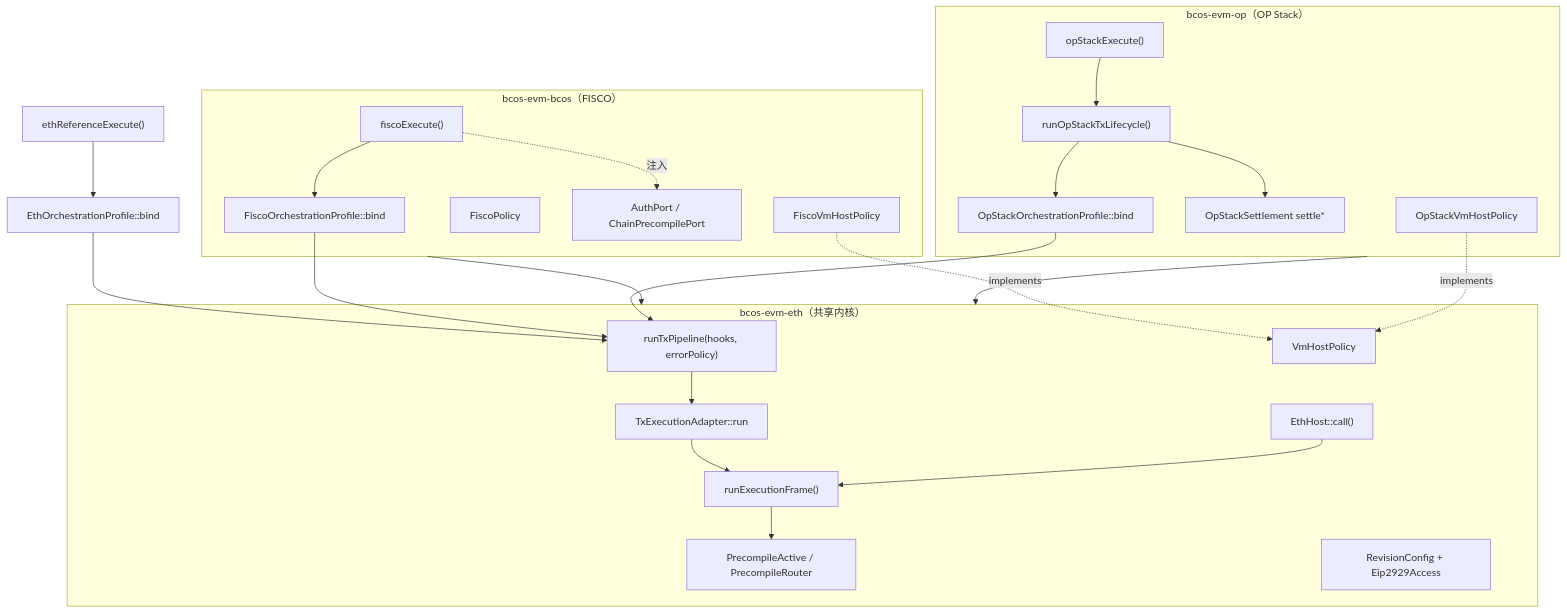
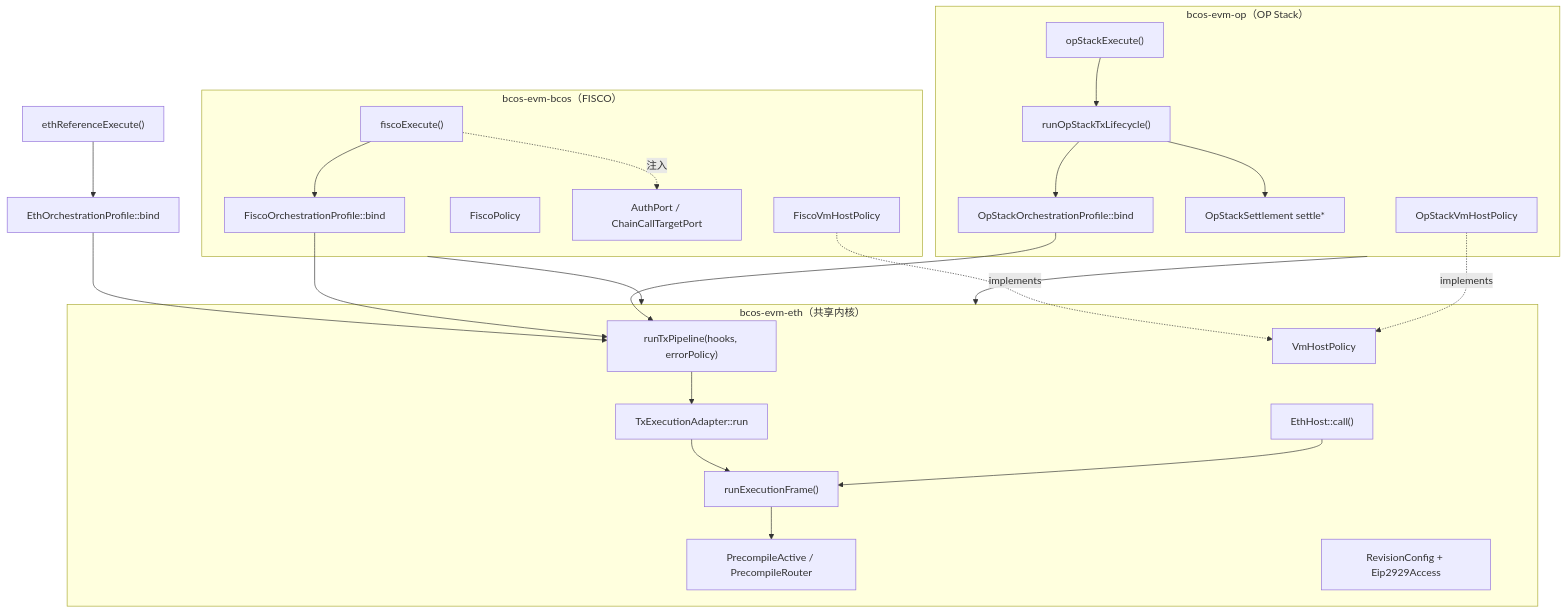
Before and after one commit to ywy2090/FISCO-BCOS: the diagram in bcos-evm/docs/architecture-overview.md, drawn with Mermaid. The commit also changed other lines of this file and 68 other files, not shown here.

First line of the commit message:
feat(bcos-evm): land CallTargetResolver, OpStack L1 port, and settlement deepening

````diff
--- a/bcos-evm/docs/architecture-overview.md
+++ b/bcos-evm/docs/architecture-overview.md
@@ -36,41 +36,41 @@
 ```mermaid
 graph TD
     subgraph kernel["bcos-evm-eth（共享内核）"]
         RO["runTxPipeline(hooks, errorPolicy)"]
         TEA["TxExecutionAdapter::run"]
         EF["runExecutionFrame()"]
         PA["PrecompileActive / PrecompileRouter"]
         EH["EthHost::call()"]
         VHP["VmHostPolicy"]
         RC["RevisionConfig + Eip2929Access"]
     end
     subgraph bcos["bcos-evm-bcos（FISCO）"]
         FEB["fiscoExecute()"]
         FOP["FiscoOrchestrationProfile::bind"]
         FVP["FiscoVmHostPolicy"]
         FP["FiscoPolicy"]
-        PORTS["AuthPort / ChainPrecompilePort"]
+        PORTS["AuthPort / ChainCallTargetPort"]
     end
     subgraph op["bcos-evm-op（OP Stack）"]
         OEB["opStackExecute()"]
         OTL["runOpStackTxLifecycle()"]
         OOP["OpStackOrchestrationProfile::bind"]
         OSET["OpStackSettlement settle*"]
         OVP["OpStackVmHostPolicy"]
     end
     ETH["ethReferenceExecute()"] --> EOP["EthOrchestrationProfile::bind"]
     EOP --> RO
     FEB --> FOP --> RO
     OEB --> OTL
     OTL --> OOP --> RO
     OTL --> OSET
     RO --> TEA
     TEA --> EF
     EF --> PA
     EH --> EF
     FVP -.implements.-> VHP
     OVP -.implements.-> VHP
     FEB -. 注入 .-> PORTS
     bcos --> kernel
     op --> kernel
 ```
````
